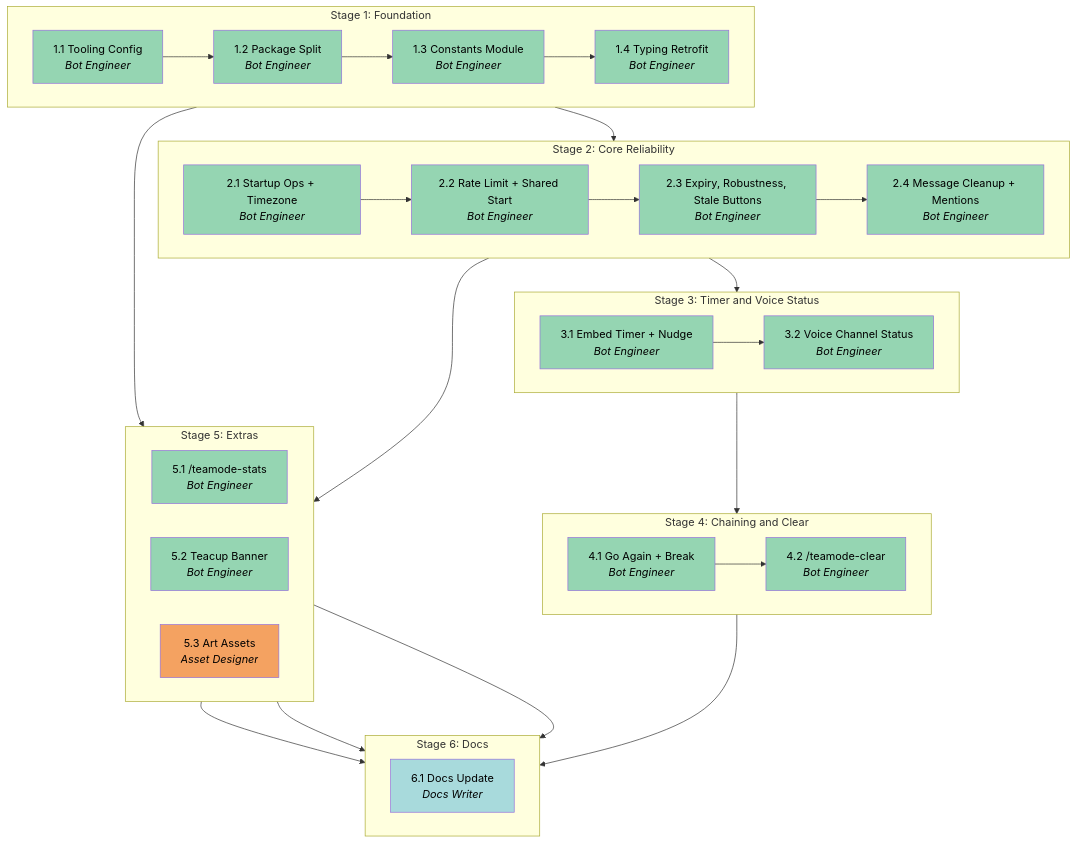
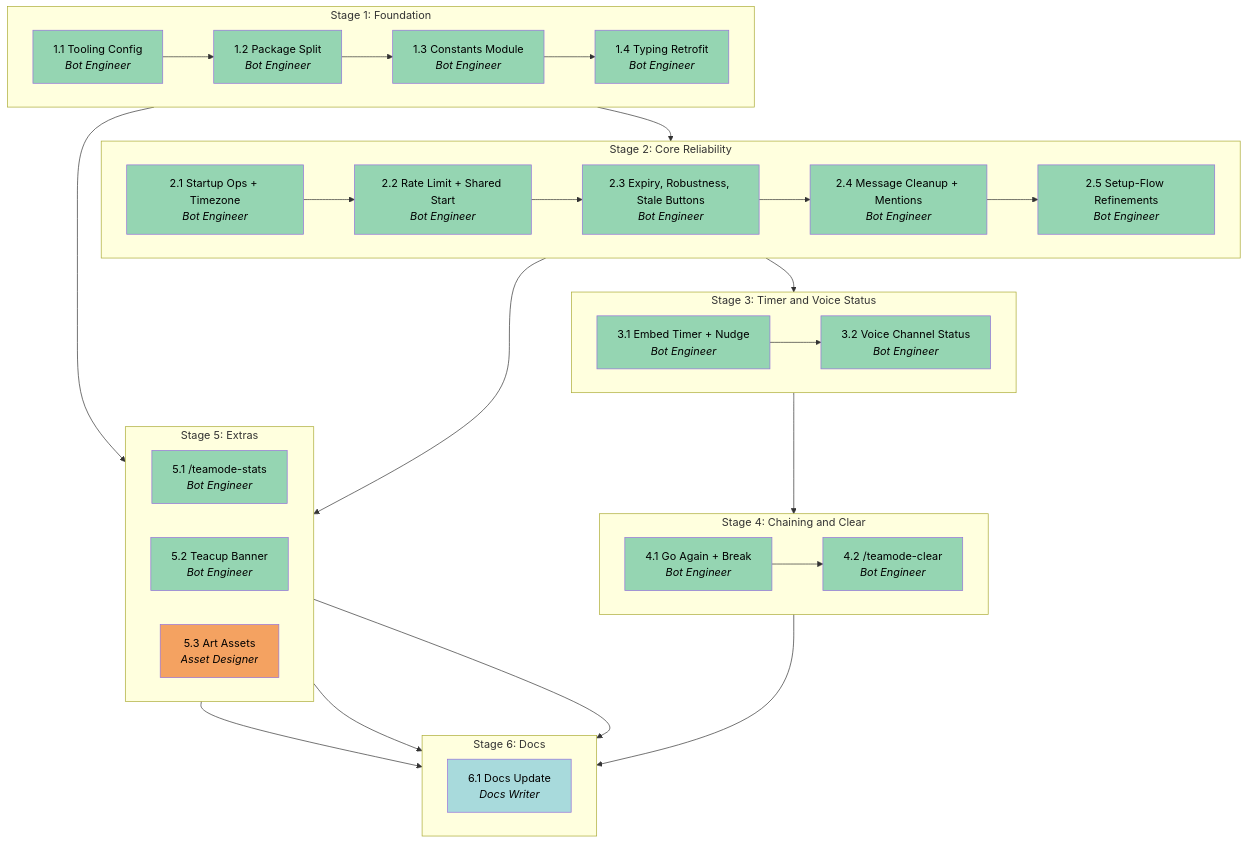
Before and after one commit to jonathan-fang/teamode: the diagram in .apm/plan.md, drawn with Mermaid. The commit also changed other lines of this file and 8 other files, not shown here.

First line of the commit message:
chore(apm): record Stage 2 logs and setup-flow decisions

````diff
--- a/.apm/plan.md
+++ b/.apm/plan.md
@@ -29,66 +29,68 @@
 ```mermaid
 graph TB
 
 subgraph S1["Stage 1: Foundation"]
   direction LR
   T1_1["1.1 Tooling Config<br/><i>Bot Engineer</i>"] --> T1_2["1.2 Package Split<br/><i>Bot Engineer</i>"]
   T1_2 --> T1_3["1.3 Constants Module<br/><i>Bot Engineer</i>"]
   T1_3 --> T1_4["1.4 Typing Retrofit<br/><i>Bot Engineer</i>"]
 end
 
 subgraph S2["Stage 2: Core Reliability"]
   direction LR
   T2_1["2.1 Startup Ops + Timezone<br/><i>Bot Engineer</i>"] --> T2_2["2.2 Rate Limit + Shared Start<br/><i>Bot Engineer</i>"]
   T2_2 --> T2_3["2.3 Expiry, Robustness, Stale Buttons<br/><i>Bot Engineer</i>"]
   T2_3 --> T2_4["2.4 Message Cleanup + Mentions<br/><i>Bot Engineer</i>"]
+  T2_4 --> T2_5["2.5 Setup-Flow Refinements<br/><i>Bot Engineer</i>"]
 end
 
 subgraph S3["Stage 3: Timer and Voice Status"]
   direction LR
   T3_1["3.1 Embed Timer + Nudge<br/><i>Bot Engineer</i>"] --> T3_2["3.2 Voice Channel Status<br/><i>Bot Engineer</i>"]
 end
 
 subgraph S4["Stage 4: Chaining and Clear"]
   direction LR
   T4_1["4.1 Go Again + Break<br/><i>Bot Engineer</i>"] --> T4_2["4.2 /teamode-clear<br/><i>Bot Engineer</i>"]
 end
 
 subgraph S5["Stage 5: Extras"]
   direction LR
   T5_1["5.1 /teamode-stats<br/><i>Bot Engineer</i>"]
   T5_2["5.2 Teacup Banner<br/><i>Bot Engineer</i>"]
   T5_3["5.3 Art Assets<br/><i>Asset Designer</i>"]
 end
 
 subgraph S6["Stage 6: Docs"]
   direction LR
   T6_1["6.1 Docs Update<br/><i>Docs Writer</i>"]
 end
 
 T1_4 --> T2_1
-T2_4 --> T3_1
+T2_5 --> T3_1
 T3_2 --> T4_1
 T2_1 --> T5_1
 T1_3 --> T5_2
 T4_2 --> T6_1
 T5_1 --> T6_1
 T5_2 --> T6_1
 T5_3 --> T6_1
 
 style T1_1 fill:#95d5b2,color:#000
 style T1_2 fill:#95d5b2,color:#000
 style T1_3 fill:#95d5b2,color:#000
 style T1_4 fill:#95d5b2,color:#000
 style T2_1 fill:#95d5b2,color:#000
 style T2_2 fill:#95d5b2,color:#000
 style T2_3 fill:#95d5b2,color:#000
 style T2_4 fill:#95d5b2,color:#000
+style T2_5 fill:#95d5b2,color:#000
 style T3_1 fill:#95d5b2,color:#000
 style T3_2 fill:#95d5b2,color:#000
 style T4_1 fill:#95d5b2,color:#000
 style T4_2 fill:#95d5b2,color:#000
 style T5_1 fill:#95d5b2,color:#000
 style T5_2 fill:#95d5b2,color:#000
 style T5_3 fill:#f4a261,color:#000
 style T6_1 fill:#a8dadc,color:#000
 ```
````
